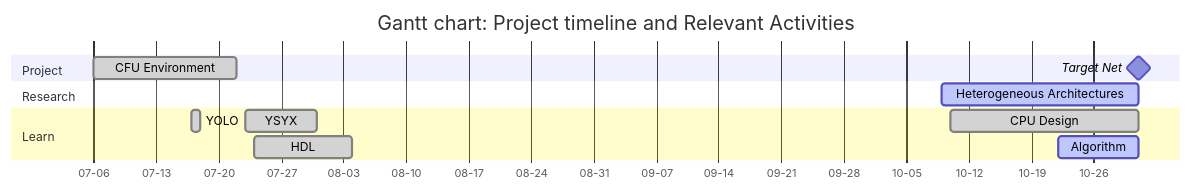
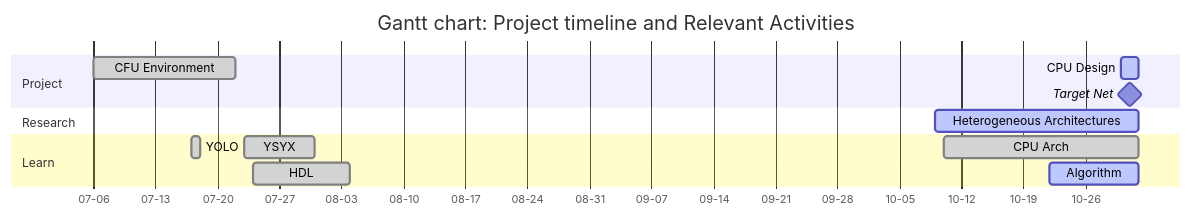
One commit to Marcobisky/Marcobisky.github.io changed the first of 2 diagrams in tinyml/index.qmd. Above: the diagram before and after it, drawn with Mermaid. The commit also changed other lines of this file and 2 other files, not shown here.

Commit message:
Update TinyML log, gantt chart

````diff
--- a/tinyml/index.qmd
+++ b/tinyml/index.qmd
@@ -46,30 +46,31 @@
 ```{mermaid}
 ---
 displayMode: compact
 ---
 %%| label: fig-timeline
 %%| fig-cap: "Gantt Chart"
 %%| fig-width: 10
 %%| fig-height: 6
 
 gantt
     title Gantt chart: Project timeline and Relevant Activities
     dateFormat  YYYY-MM-DD
     axisFormat  %m-%d
     tickInterval 14d
 
     section Project
         CFU Environment :done, 2025-07-06, 2025-07-22
         Target Net :milestone, 2025-10-31, 0d
+        CPU Design :active, 2025-10-30, 2025-11-01
 
     section Research
-        Heterogeneous Architectures :active, 2025-10-09, 2025-10-31
+        Heterogeneous Architectures :active, 2025-10-09, 2025-11-01
 
     section Learn
         YSYX :done, 2025-07-23, 2025-07-31
         HDL :done, 2025-07-24, 2025-08-04
         YOLO :done, 2025-07-17, 1d
-        CPU Design :done, 2025-10-10, 2025-10-31
-        Algorithm :active, 2025-10-22, 2025-10-31
+        CPU Arch :done, 2025-10-10, 2025-11-01
+        Algorithm :active, 2025-10-22, 2025-11-01
 
 ```
````
